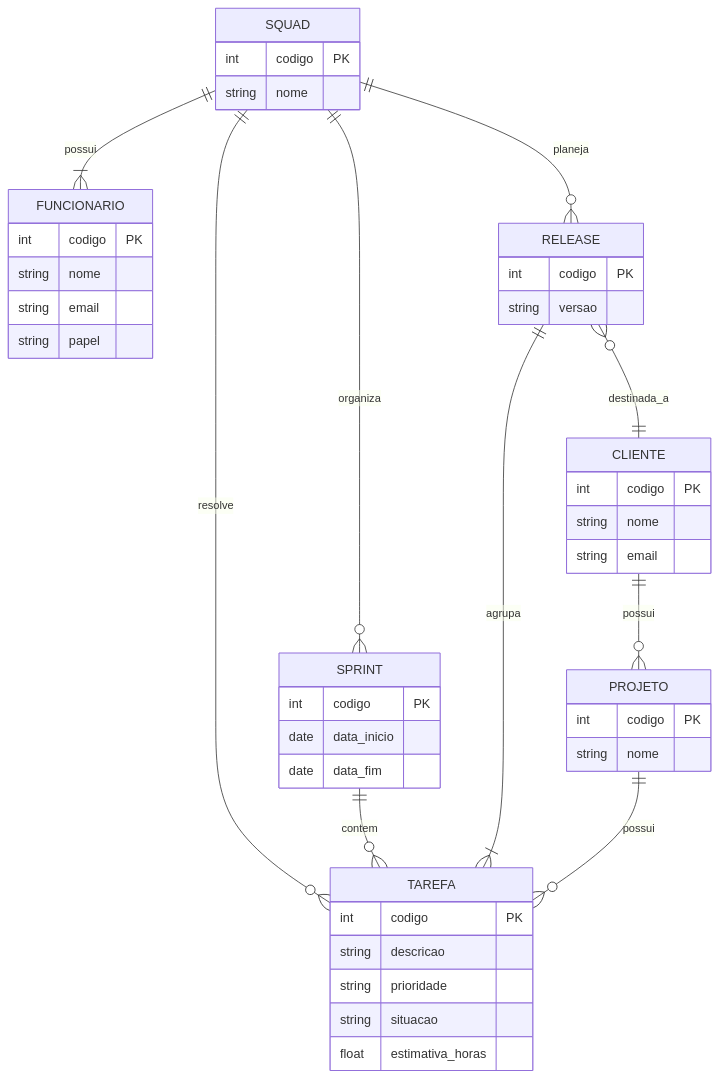
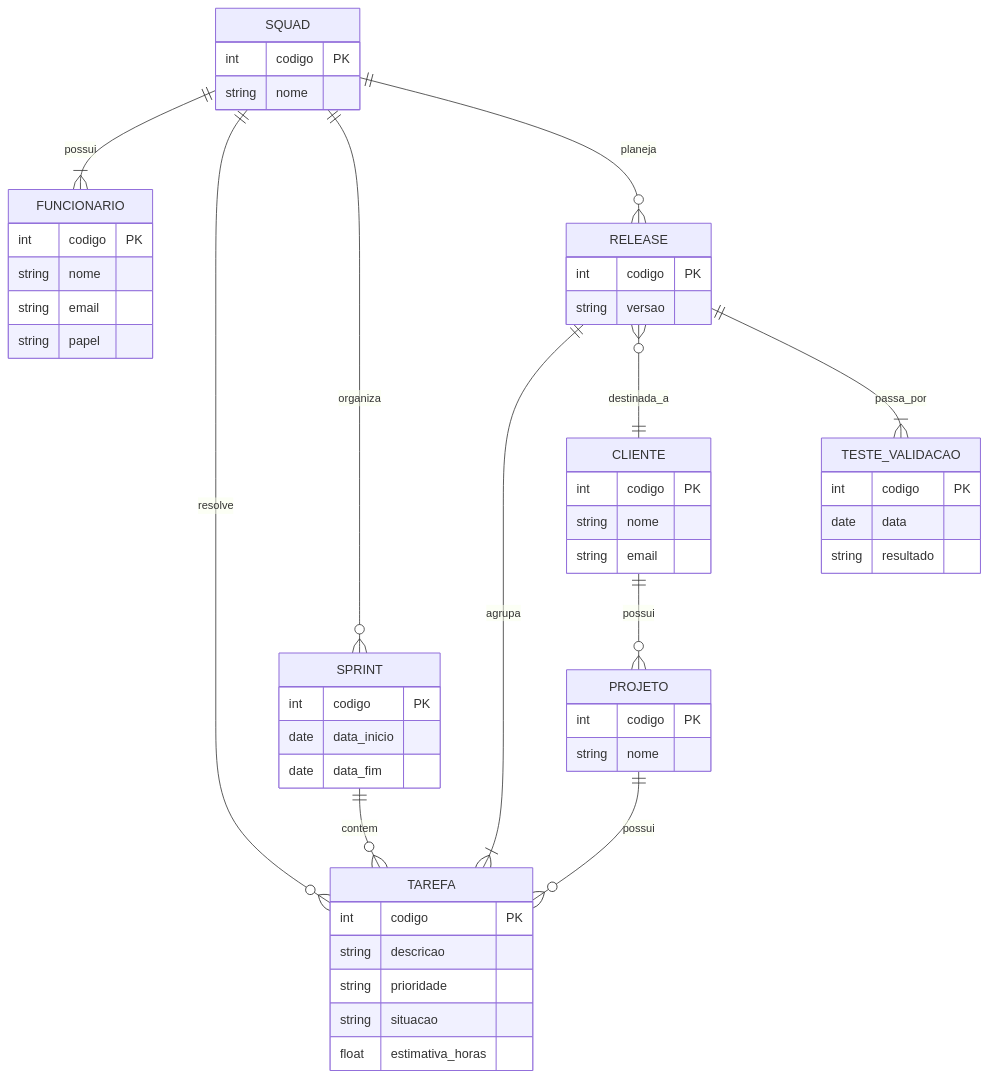
The diagram in database/20262/JaineSouz/tarefa02.md (tacianosilva/bsi-tasks), drawn with Mermaid before and after one commit.

Commit message:
fix: Q3 - Adiciona testes de validação #348

````diff
--- a/database/20262/JaineSouz/tarefa02.md
+++ b/database/20262/JaineSouz/tarefa02.md
@@ -27,58 +27,65 @@
 ```mermaid
 erDiagram
 
     CLIENTE ||--o{ PROJETO : possui
     PROJETO ||--o{ TAREFA : possui
 
     SQUAD ||--|{ FUNCIONARIO : possui
     SQUAD ||--o{ TAREFA : resolve
 
     SQUAD ||--o{ SPRINT : organiza
     SPRINT ||--o{ TAREFA : contem
 
     SQUAD ||--o{ RELEASE : planeja
     RELEASE ||--|{ TAREFA : agrupa
     RELEASE }o--|| CLIENTE : destinada_a
+    RELEASE ||--|{ TESTE_VALIDACAO : passa_por
 
     CLIENTE {
         int codigo PK
         string nome
         string email
     }
 
     PROJETO {
         int codigo PK
         string nome
     }
 
     FUNCIONARIO {
         int codigo PK
         string nome
         string email
         string papel
     }
 
     SQUAD {
         int codigo PK
         string nome
     }
 
     TAREFA {
         int codigo PK
         string descricao
         string prioridade
         string situacao
         float estimativa_horas
     }
 
     SPRINT {
         int codigo PK
         date data_inicio
         date data_fim
     }
 
     RELEASE {
         int codigo PK
         string versao
     }
+
+    TESTE_VALIDACAO {
+        int codigo PK
+        date data
+        string resultado
+    }
 ```
````
